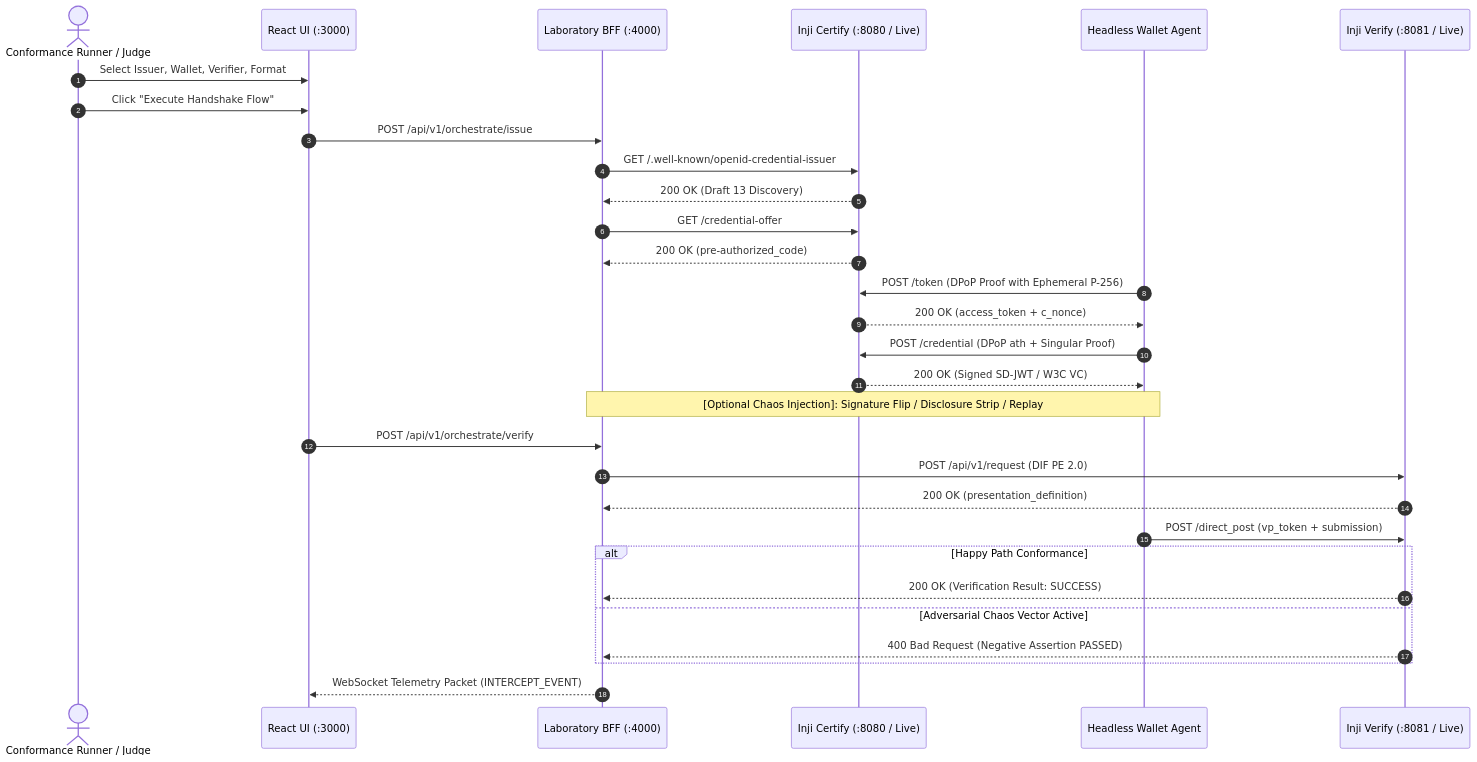
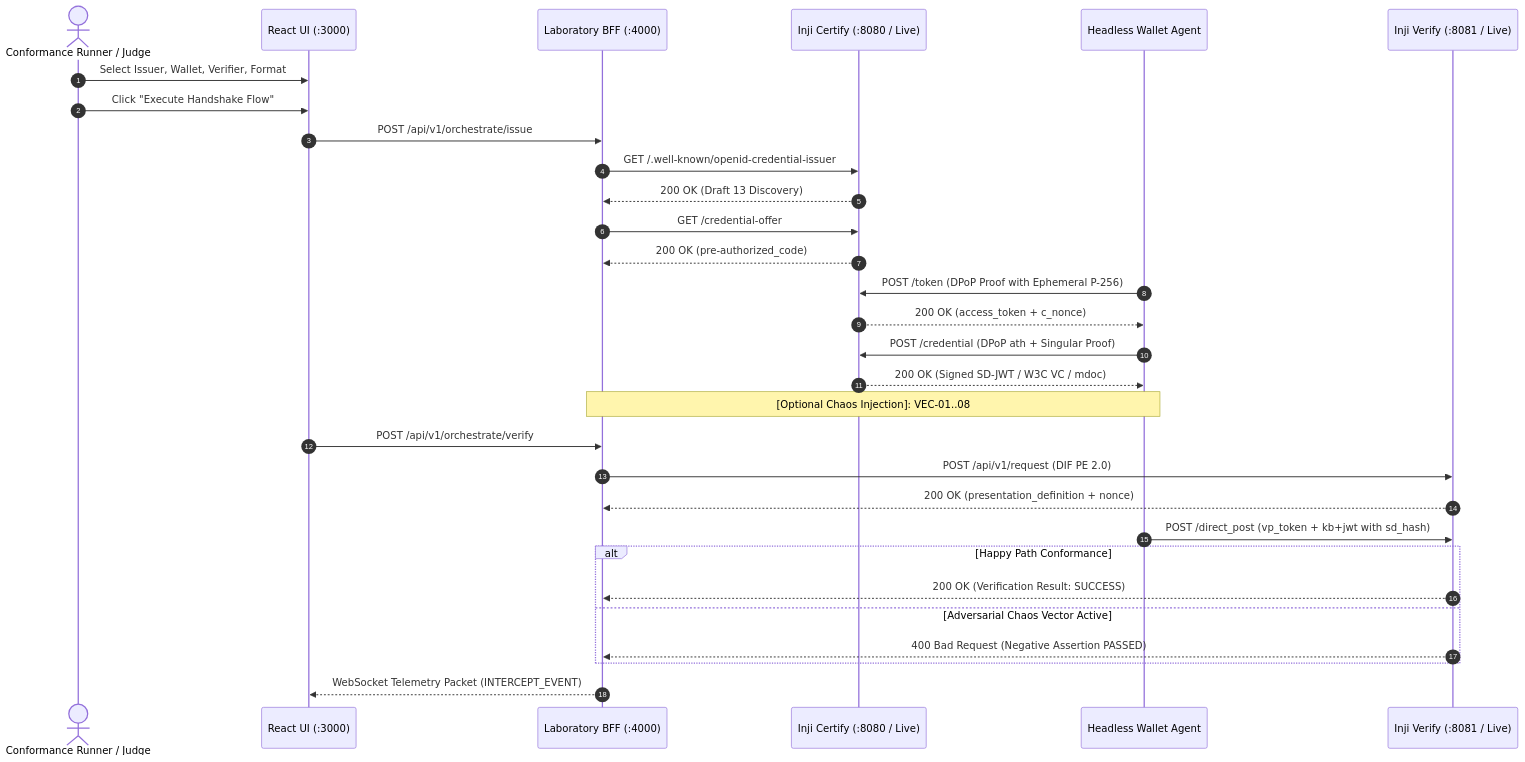
The diagram in README.md (hamsavartn/inji-conformance-lab), drawn with Mermaid before and after one commit. The commit also changed other lines of this file and 33 other files, not shown here.

````diff
--- a/README.md
+++ b/README.md
@@ -102,35 +116,34 @@
 ```mermaid
 sequenceDiagram
     autonumber
     actor User as Conformance Runner / Judge
     participant UI as React UI (:3000)
     participant BFF as Laboratory BFF (:4000)
     participant Issuer as Inji Certify (:8080 / Live)
     participant Wallet as Headless Wallet Agent
     participant Verifier as Inji Verify (:8081 / Live)
 
     User->>UI: Select Issuer, Wallet, Verifier, Format
     User->>UI: Click "Execute Handshake Flow"
     UI->>BFF: POST /api/v1/orchestrate/issue
     BFF->>Issuer: GET /.well-known/openid-credential-issuer
     Issuer-->>BFF: 200 OK (Draft 13 Discovery)
     BFF->>Issuer: GET /credential-offer
     Issuer-->>BFF: 200 OK (pre-authorized_code)
     Wallet->>Issuer: POST /token (DPoP Proof with Ephemeral P-256)
     Issuer-->>Wallet: 200 OK (access_token + c_nonce)
     Wallet->>Issuer: POST /credential (DPoP ath + Singular Proof)
-    Issuer-->>Wallet: 200 OK (Signed SD-JWT / W3C VC)
-    
-    Note over BFF,Wallet: [Optional Chaos Injection]: Signature Flip / Disclosure Strip / Replay
-    
+    Issuer-->>Wallet: 200 OK (Signed SD-JWT / W3C VC / mdoc)
+
+    Note over BFF,Wallet: [Optional Chaos Injection]: VEC-01..08
     UI->>BFF: POST /api/v1/orchestrate/verify
     BFF->>Verifier: POST /api/v1/request (DIF PE 2.0)
-    Verifier-->>BFF: 200 OK (presentation_definition)
-    Wallet->>Verifier: POST /direct_post (vp_token + submission)
+    Verifier-->>BFF: 200 OK (presentation_definition + nonce)
+    Wallet->>Verifier: POST /direct_post (vp_token + kb+jwt with sd_hash)
     alt Happy Path Conformance
         Verifier-->>BFF: 200 OK (Verification Result: SUCCESS)
     else Adversarial Chaos Vector Active
         Verifier-->>BFF: 400 Bad Request (Negative Assertion PASSED)
     end
     BFF-->>UI: WebSocket Telemetry Packet (INTERCEPT_EVENT)
 ```
````
